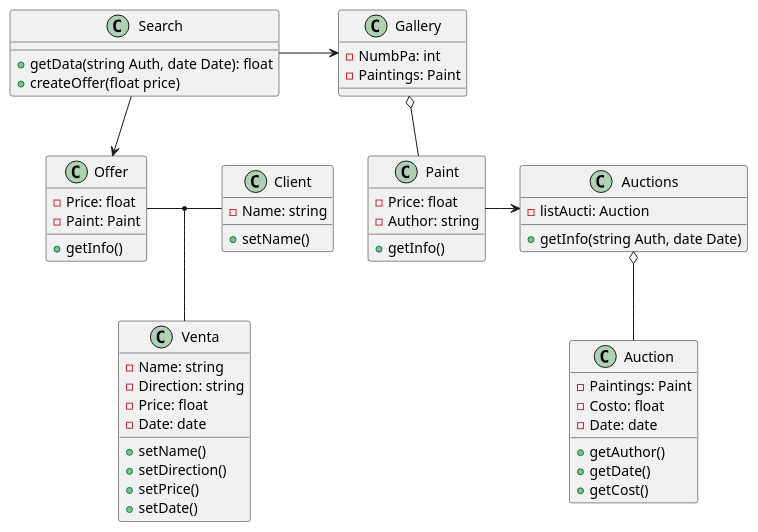
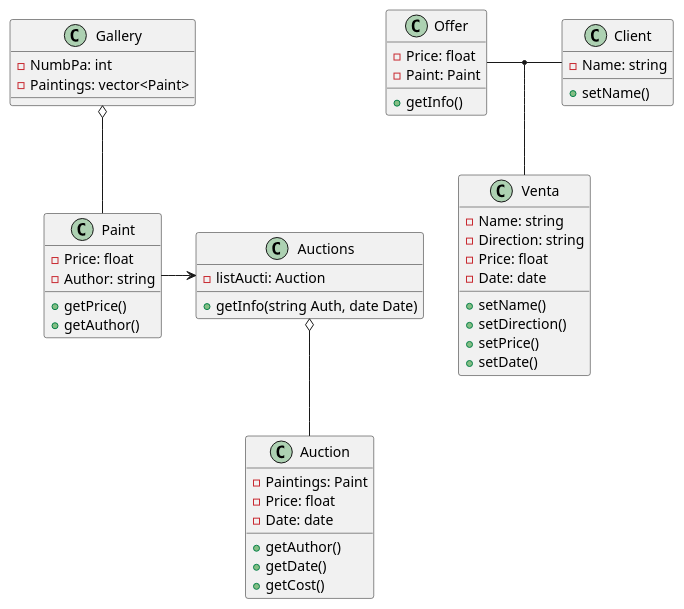
One commit to CesarValladares/A01023506_Aymss18 changed the diagram in Actividades/A5.1.Osbert/Clases.puml. Above: the diagram before and after it, drawn with PlantUML. The commit also changed 2 other files, not shown here.

```diff
--- a/Actividades/A5.1.Osbert/Clases.puml
+++ b/Actividades/A5.1.Osbert/Clases.puml
@@ -1,59 +1,54 @@
 @startuml
 
-class Search{
-    +getData(string Auth, date Date): float
-    +createOffer(float price)
-}
 class Client{
     -Name: string
     +setName()
 }
 class Offer{
     -Price: float
     -Paint: Paint
     +getInfo()
 }
 class Venta{
     -Name: string
     -Direction: string
     -Price: float
     -Date: date
     +setName()
     +setDirection()
     +setPrice()
     +setDate()
 }
 class Gallery{
     -NumbPa: int
-    -Paintings: Paint
+    -Paintings: vector<Paint>
 }
 Class Paint{
     -Price: float
     -Author: string
-    +getInfo()
+    +getPrice()
+    +getAuthor()
 }
 Class Auctions{
     -listAucti: Auction
     +getInfo(string Auth, date Date)
 }
 class Auction{
     -Paintings: Paint
-    -Costo: float
+    -Price: float
     -Date: date
     +getAuthor()
     +getDate()
     +getCost()
 }
 
 Gallery o-- Paint
 Auctions o-- Auction
-Search --> Offer
-Search->Gallery
 Paint->Auctions
 Offer - Client
 (Offer, Client) -- Venta
 
 
 
 
 @enduml
```
